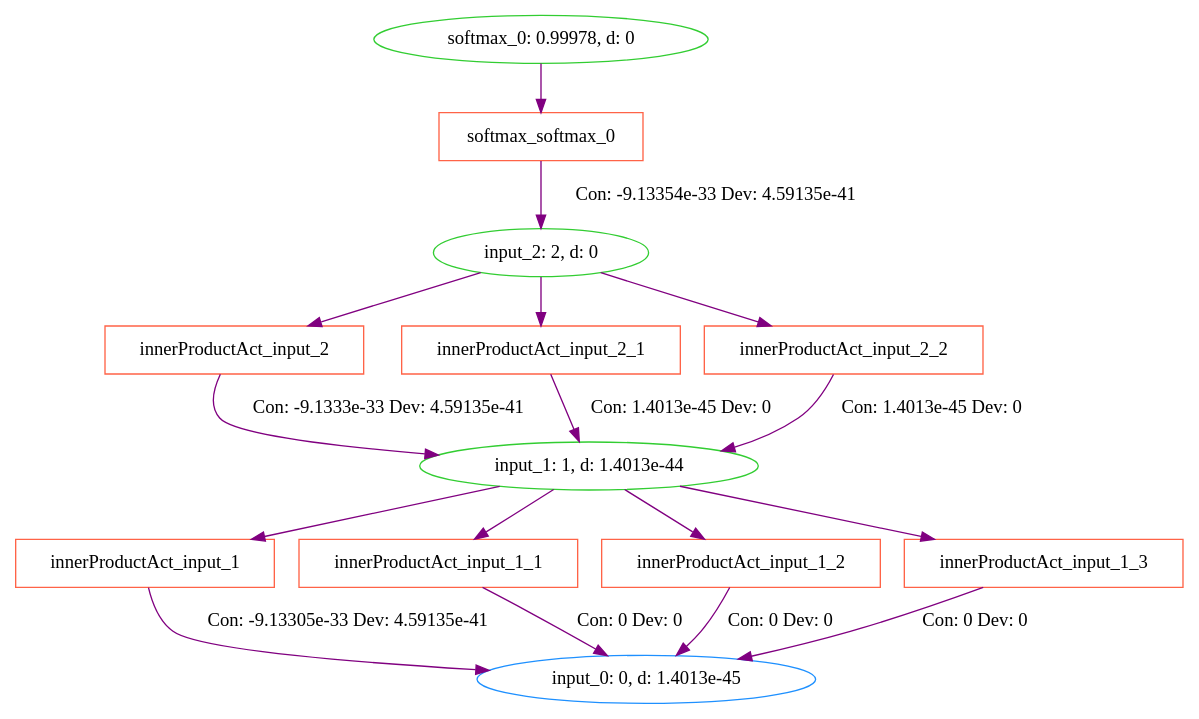
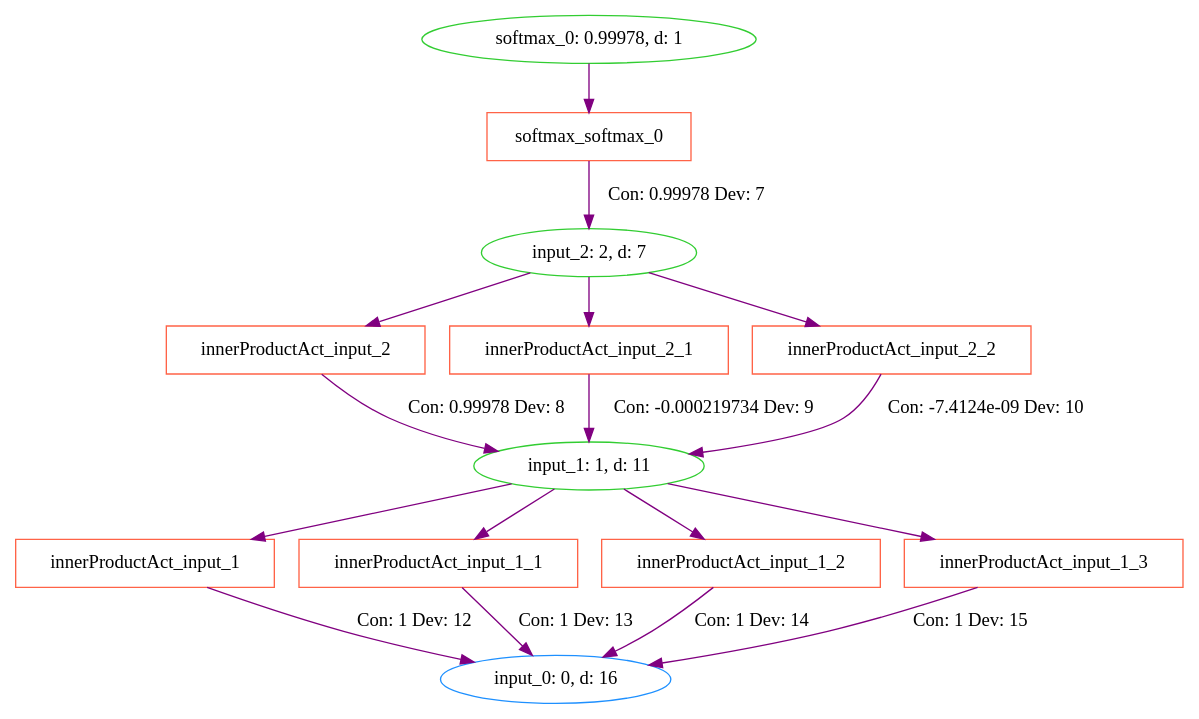
Before and after one commit to milliondegree/PXAI: the diagram in data/iris/cprov/test2-softmax_0.dot, drawn with Graphviz. The commit also changed 19 other files, not shown here.

```diff
--- a/data/iris/cprov/test2-softmax_0.dot
+++ b/data/iris/cprov/test2-softmax_0.dot
@@ -1,46 +1,46 @@
 digraph G {
-0 [label="softmax_0: 0.99978, d: 0", shape=oval, color=limegreen];
+0 [label="softmax_0: 0.99978, d: 1", shape=oval, color=limegreen];
 1 [label="softmax_softmax_0", shape=box, color=tomato];
-2 [label="input_2: 2, d: 0", shape=oval, color=limegreen];
+2 [label="input_2: 2, d: 7", shape=oval, color=limegreen];
 3 [label="innerProductAct_input_2", shape=box, color=tomato];
-4 [label="input_1: 1, d: 1.4013e-44", shape=oval, color=limegreen];
+4 [label="input_1: 1, d: 11", shape=oval, color=limegreen];
 5 [label="innerProductAct_input_1", shape=box, color=tomato];
-6 [label="input_0: 0, d: 1.4013e-45", shape=oval, color=dodgerblue];
+6 [label="input_0: 0, d: 16", shape=oval, color=dodgerblue];
 7 [label="innerProductAct_input_1_1", shape=box, color=tomato];
 8 [label="innerProductAct_input_1_2", shape=box, color=tomato];
 9 [label="innerProductAct_input_1_3", shape=box, color=tomato];
 10 [label="innerProductAct_input_2_1", shape=box, color=tomato];
 11 [label="innerProductAct_input_2_2", shape=box, color=tomato];
 0->1  [color=purple]
  [label=""];
 1->2  [color=purple]
- [label="Con: -9.13354e-33 Dev: 4.59135e-41"];
+ [label="Con: 0.99978 Dev: 7"];
 2->3  [color=purple]
  [label=""];
 3->4  [color=purple]
- [label="Con: -9.1333e-33 Dev: 4.59135e-41"];
+ [label="Con: 0.99978 Dev: 8"];
 4->5  [color=purple]
  [label=""];
 5->6  [color=purple]
- [label="Con: -9.13305e-33 Dev: 4.59135e-41"];
+ [label="Con: 1 Dev: 12"];
 4->7  [color=purple]
  [label=""];
 7->6  [color=purple]
- [label="Con: 0 Dev: 0"];
+ [label="Con: 1 Dev: 13"];
 4->8  [color=purple]
  [label=""];
 8->6  [color=purple]
- [label="Con: 0 Dev: 0"];
+ [label="Con: 1 Dev: 14"];
 4->9  [color=purple]
  [label=""];
 9->6  [color=purple]
- [label="Con: 0 Dev: 0"];
+ [label="Con: 1 Dev: 15"];
 2->10  [color=purple]
  [label=""];
 10->4  [color=purple]
- [label="Con: 1.4013e-45 Dev: 0"];
+ [label="Con: -0.000219734 Dev: 9"];
 2->11  [color=purple]
  [label=""];
 11->4  [color=purple]
- [label="Con: 1.4013e-45 Dev: 0"];
+ [label="Con: -7.4124e-09 Dev: 10"];
 }
```
